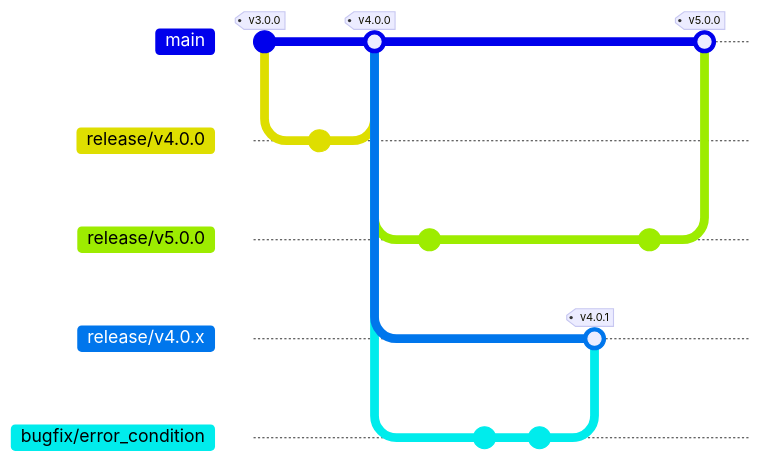
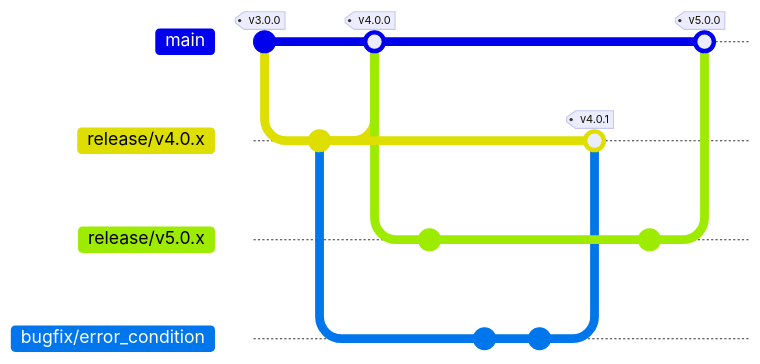
Before and after one commit to LuDubies/branchdoc_io_test: the fifth of 5 diagrams in branch_types.md, drawn with Mermaid. The commit also changed other lines of this file and 2 other files, not shown here. Commit ids are hidden.

````diff
--- a/branch_types.md
+++ b/branch_types.md
@@ -103,22 +103,22 @@
 ```mermaid
 %%{init: { 'gitGraph': {'showCommitLabel': false}} }%%
 gitGraph
     commit tag: "v3.0.0"
-    branch release/v4.0.0
+    branch release/v4.0.x
     commit
     checkout main
-    merge release/v4.0.0 tag: "v4.0.0"
-    branch release/v5.0.0
+    merge release/v4.0.x tag: "v4.0.0"
+    branch release/v5.0.x
     commit
     checkout main
-    branch release/v4.0.x
+    checkout release/v4.0.x
     branch bugfix/error_condition
     commit
     commit
     checkout release/v4.0.x
     merge bugfix/error_condition tag: "v4.0.1"
-    checkout release/v5.0.0
+    checkout release/v5.0.x
     commit
     checkout main
-    merge release/v5.0.0 tag: "v5.0.0"
+    merge release/v5.0.x tag: "v5.0.0"
 ```
````
